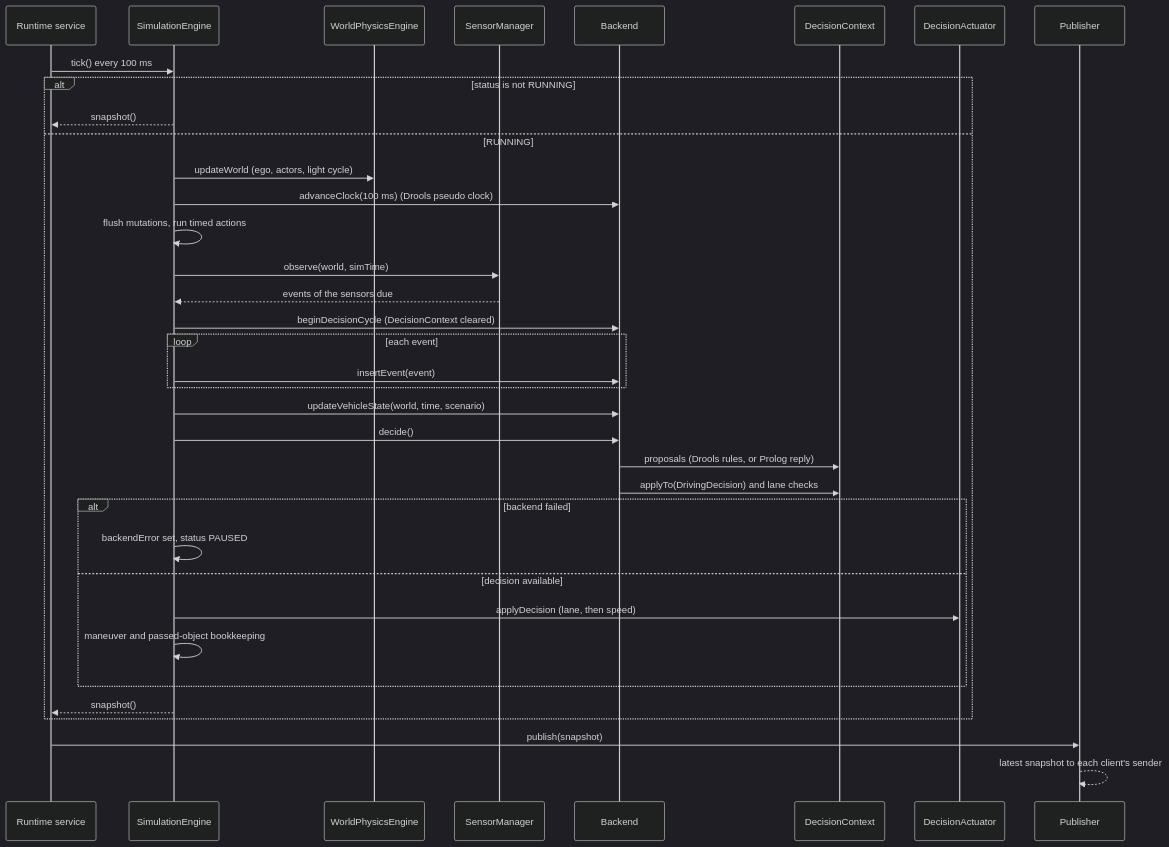
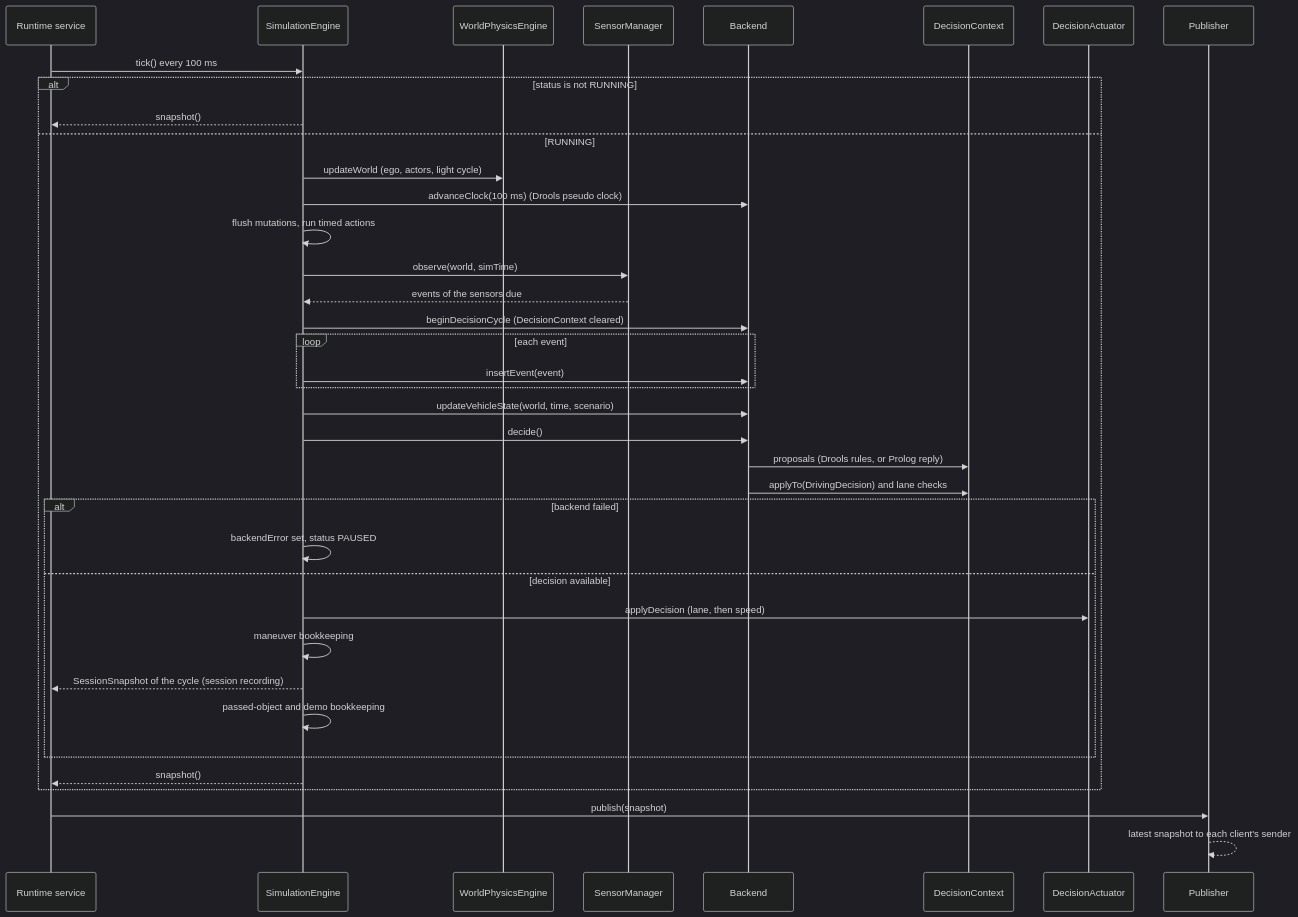
The third of 3 diagrams in docs/ARCHITECTURE.md (1-2Drive/projeto-1), drawn with Mermaid (dark theme) before and after one commit. The commit also changed other lines of this file and 38 other files, not shown here.

````diff
--- a/docs/ARCHITECTURE.md
+++ b/docs/ARCHITECTURE.md
@@ -355,38 +364,40 @@
 ```mermaid
 sequenceDiagram
     participant RT as Runtime service
     participant SE as SimulationEngine
     participant PH as WorldPhysicsEngine
     participant SM as SensorManager
     participant BK as Backend
     participant DC as DecisionContext
     participant AC as DecisionActuator
     participant PB as Publisher
     RT->>SE: tick() every 100 ms
     alt status is not RUNNING
         SE-->>RT: snapshot()
     else RUNNING
         SE->>PH: updateWorld (ego, actors, light cycle)
         SE->>BK: advanceClock(100 ms) (Drools pseudo clock)
         SE->>SE: flush mutations, run timed actions
         SE->>SM: observe(world, simTime)
         SM-->>SE: events of the sensors due
         SE->>BK: beginDecisionCycle (DecisionContext cleared)
         loop each event
             SE->>BK: insertEvent(event)
         end
         SE->>BK: updateVehicleState(world, time, scenario)
         SE->>BK: decide()
         BK->>DC: proposals (Drools rules, or Prolog reply)
         BK->>DC: applyTo(DrivingDecision) and lane checks
         alt backend failed
             SE->>SE: backendError set, status PAUSED
         else decision available
             SE->>AC: applyDecision (lane, then speed)
-            SE->>SE: maneuver and passed-object bookkeeping
+            SE->>SE: maneuver bookkeeping
+            SE-->>RT: SessionSnapshot of the cycle (session recording)
+            SE->>SE: passed-object and demo bookkeeping
         end
         SE-->>RT: snapshot()
     end
     RT->>PB: publish(snapshot)
     PB-->>PB: latest snapshot to each client's sender
 ```
````
